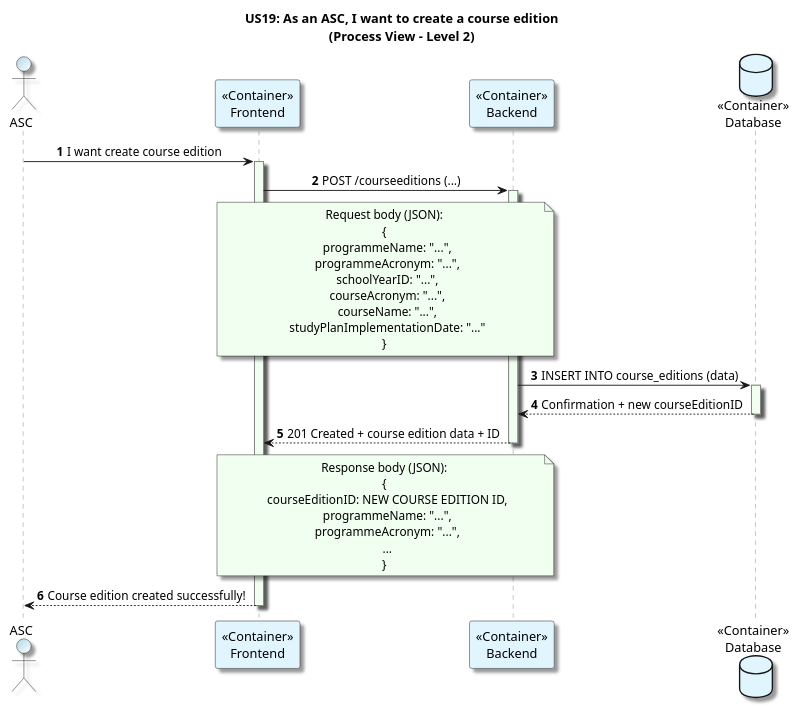
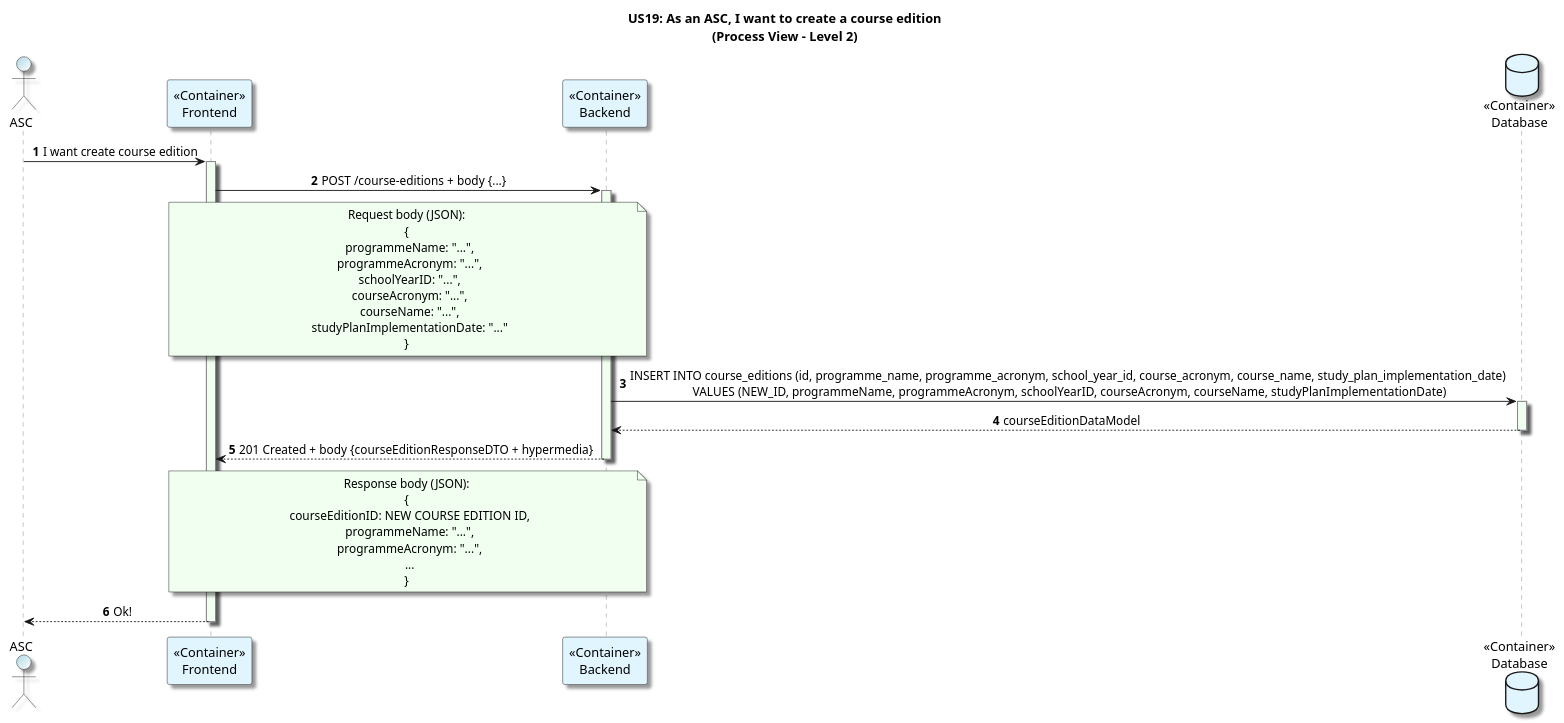
One commit to GasparISEP/DevOps-PAI changed the diagram in docs/US19/Sprint7_RestAPI/ProcessView/Level2Granularity.puml. Above: the diagram before and after it, drawn with PlantUML.

Commit message:
[docs]: update Level2Granularity.puml to refine API request and response details for course edition creation #708 #710

```diff
--- a/docs/US19/Sprint7_RestAPI/ProcessView/Level2Granularity.puml
+++ b/docs/US19/Sprint7_RestAPI/ProcessView/Level2Granularity.puml
@@ -1,56 +1,56 @@
 @startuml
 title: US19: As an ASC, I want to create a course edition\n(Process View - Level 2)
 autonumber
 
 skinparam {
   ActivityPadding 2
   ActivityMargin 2
   BoxPadding 2
 }
 skinparam sequence {
     LifeLineBorderColor Grey
     LifeLineBackgroundColor HoneyDew
 }
 skinparam defaultTextAlignment center
 skinparam shadowing true
 
 actor ASC  #LightBlue/White
 participant "<<Container>>\nFrontend" as Frontend #E1F5FE
 participant "<<Container>>\nBackend" as Backend #E1F5FE
 database "<<Container>>\nDatabase" as Database #E1F5FE
 
 
 
 ASC -> Frontend: I want create course edition
 activate Frontend
-Frontend -> Backend: POST /courseeditions (...)
+Frontend -> Backend: POST /course-editions + body {...}
 note over Frontend, Backend #HoneyDew
 Request body (JSON):
 {
   programmeName: "...",
   programmeAcronym: "...",
   schoolYearID: "...",
   courseAcronym: "...",
   courseName: "...",
   studyPlanImplementationDate: "..."
 }
 end note
 activate Backend
-Backend -> Database: INSERT INTO course_editions (data)
+Backend -> Database: INSERT INTO course_editions (id, programme_name, programme_acronym, school_year_id, course_acronym, course_name, study_plan_implementation_date) \nVALUES (NEW_ID, programmeName, programmeAcronym, schoolYearID, courseAcronym, courseName, studyPlanImplementationDate)
 activate Database
-Database --> Backend: Confirmation + new courseEditionID
+Database --> Backend: courseEditionDataModel
 deactivate Database
-Backend --> Frontend: 201 Created + course edition data + ID
+Backend --> Frontend: 201 Created + body {courseEditionResponseDTO + hypermedia}
 note over Backend, Frontend #HoneyDew
 Response body (JSON):
 {
   courseEditionID: NEW COURSE EDITION ID,
   programmeName: "...",
   programmeAcronym: "...",
   ...
 }
 end note
 deactivate Backend
-Frontend --> ASC: Course edition created successfully!
+Frontend --> ASC: Ok!
 deactivate Frontend
 @enduml
```
